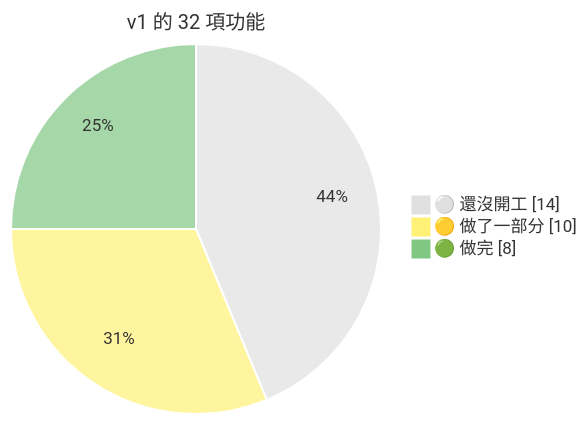
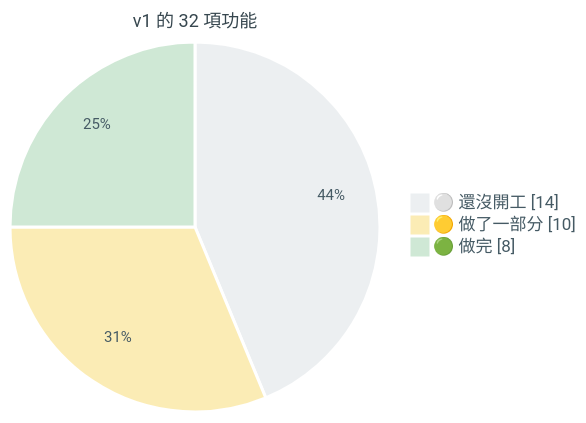
Before and after one commit to kuohappiness/Essence-Cards: the first of 3 diagrams in docs/v1-progress-draft.md, drawn with Mermaid. The commit also changed other lines of this file, not shown here.

First line of the commit message:
docs: soften the v1 progress draft's Mermaid colours, drop node borders

````diff
--- a/docs/v1-progress-draft.md
+++ b/docs/v1-progress-draft.md
@@ -9,8 +9,8 @@
 ```mermaid
-%%{init: {"theme": "base", "themeVariables": {"pie1": "#e0e0e0", "pie2": "#fff176", "pie3": "#81c784", "pieStrokeColor": "#ffffff", "pieOuterStrokeColor": "#ffffff", "pieSectionTextColor": "#333333", "pieTitleTextSize": "20px"}}}%%
+%%{init: {"theme": "base", "themeVariables": {"pie1": "#eceff1", "pie2": "#fbecb5", "pie3": "#cfe8d5", "pieStrokeColor": "#ffffff", "pieStrokeWidth": "3px", "pieOuterStrokeWidth": "0px", "pieOpacity": "1", "pieSectionTextColor": "#455a64", "pieSectionTextSize": "15px", "pieTitleTextSize": "18px", "pieTitleTextColor": "#37474f", "pieLegendTextColor": "#455a64"}}}%%
 pie showData
   title v1 的 32 項功能
   "⚪ 還沒開工" : 14
   "🟡 做了一部分" : 10
   "🟢 做完" : 8
 ```
````
